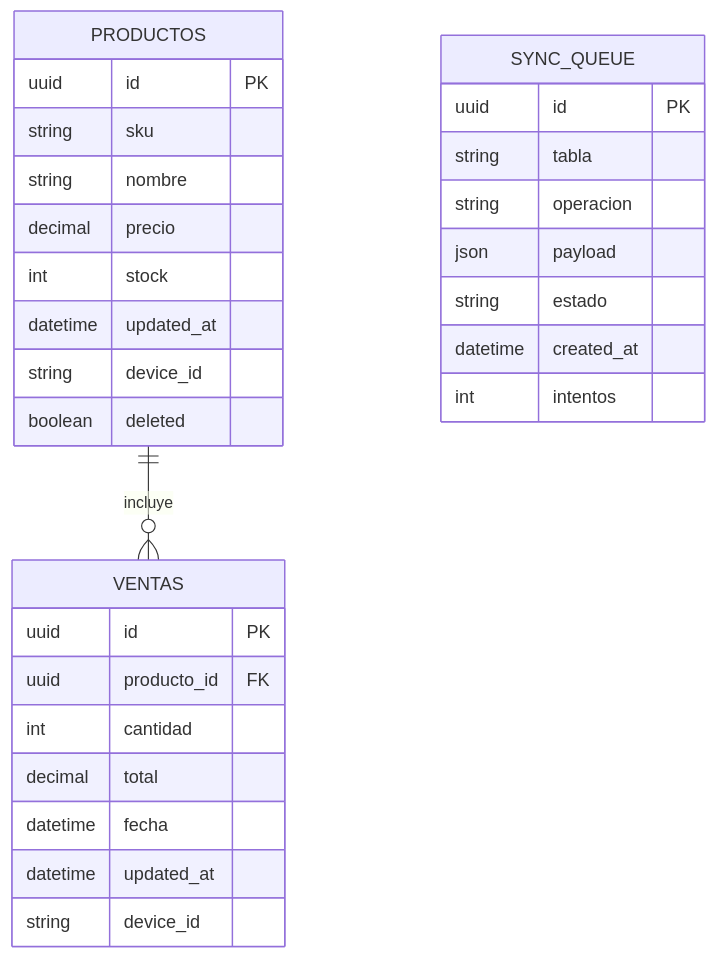
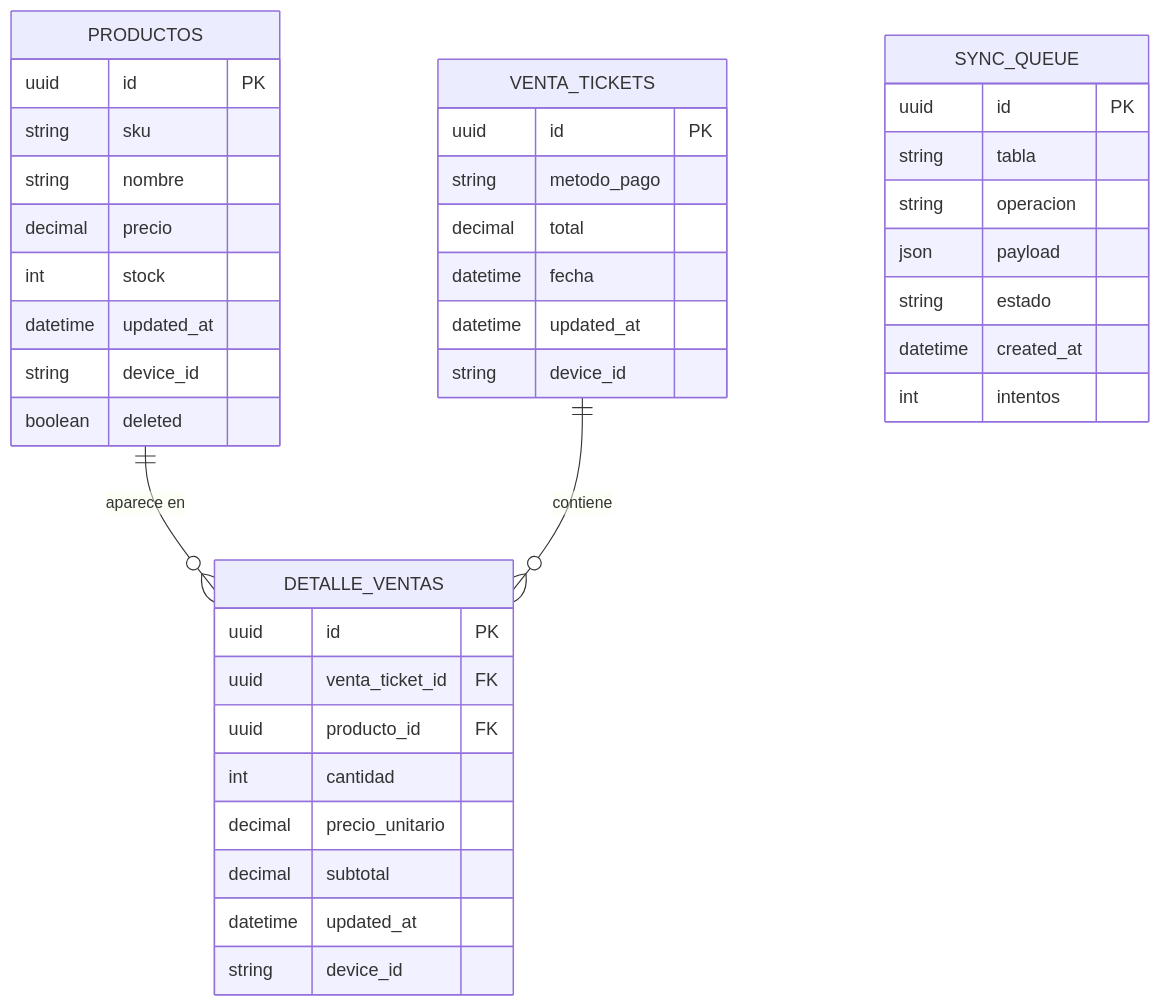
One commit to alexandrafs5/StockBridge changed the second of 6 diagrams in docs/arquitectura.md. Above: the diagram before and after it, drawn with Mermaid. The commit also changed other lines of this file and 1 other file, not shown here.

````diff
--- a/docs/arquitectura.md
+++ b/docs/arquitectura.md
@@ -94,32 +104,43 @@
 ```mermaid
 erDiagram
-    PRODUCTOS ||--o{ VENTAS : "incluye"
+    PRODUCTOS ||--o{ DETALLE_VENTAS : "aparece en"
+    VENTA_TICKETS ||--o{ DETALLE_VENTAS : "contiene"
+
     PRODUCTOS {
         uuid id PK
         string sku
         string nombre
         decimal precio
         int stock
         datetime updated_at
         string device_id
         boolean deleted
     }
-    VENTAS {
+    VENTA_TICKETS {
         uuid id PK
+        string metodo_pago
+        decimal total
+        datetime fecha
+        datetime updated_at
+        string device_id
+    }
+    DETALLE_VENTAS {
+        uuid id PK
+        uuid venta_ticket_id FK
         uuid producto_id FK
         int cantidad
-        decimal total
-        datetime fecha
+        decimal precio_unitario
+        decimal subtotal
         datetime updated_at
         string device_id
     }
     SYNC_QUEUE {
         uuid id PK
         string tabla
         string operacion
         json payload
         string estado
         datetime created_at
         int intentos
     }
 ```
````
